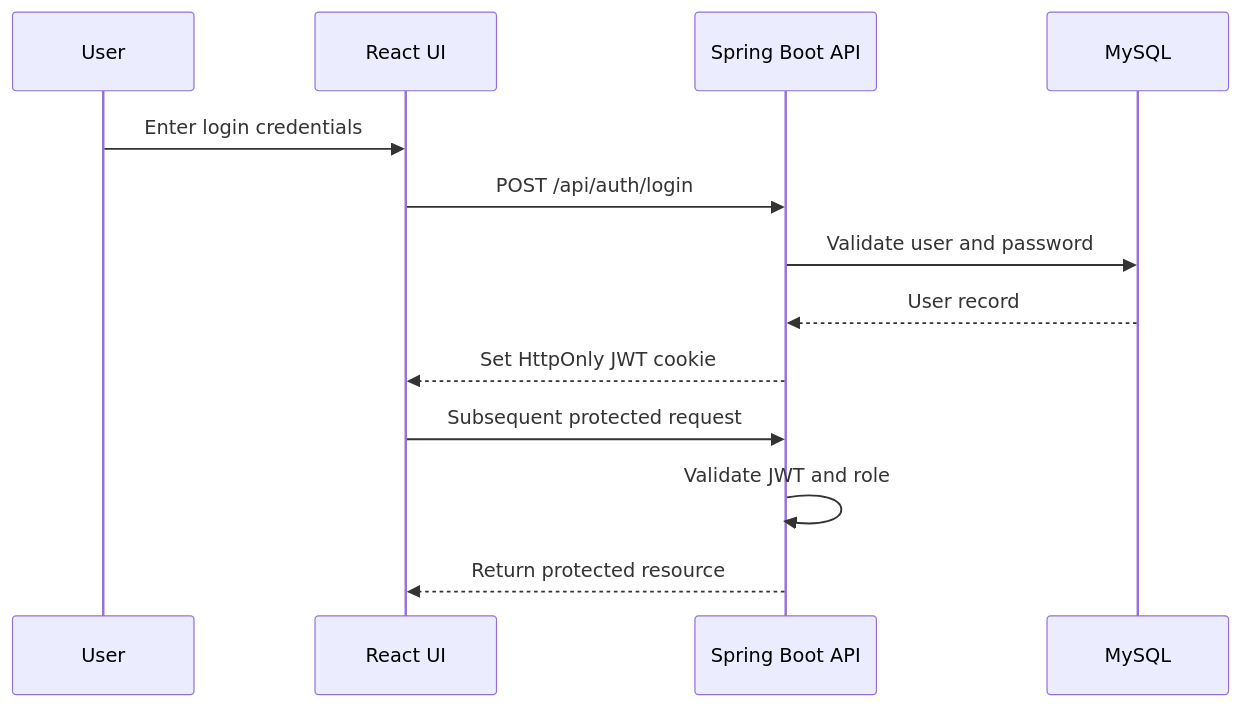
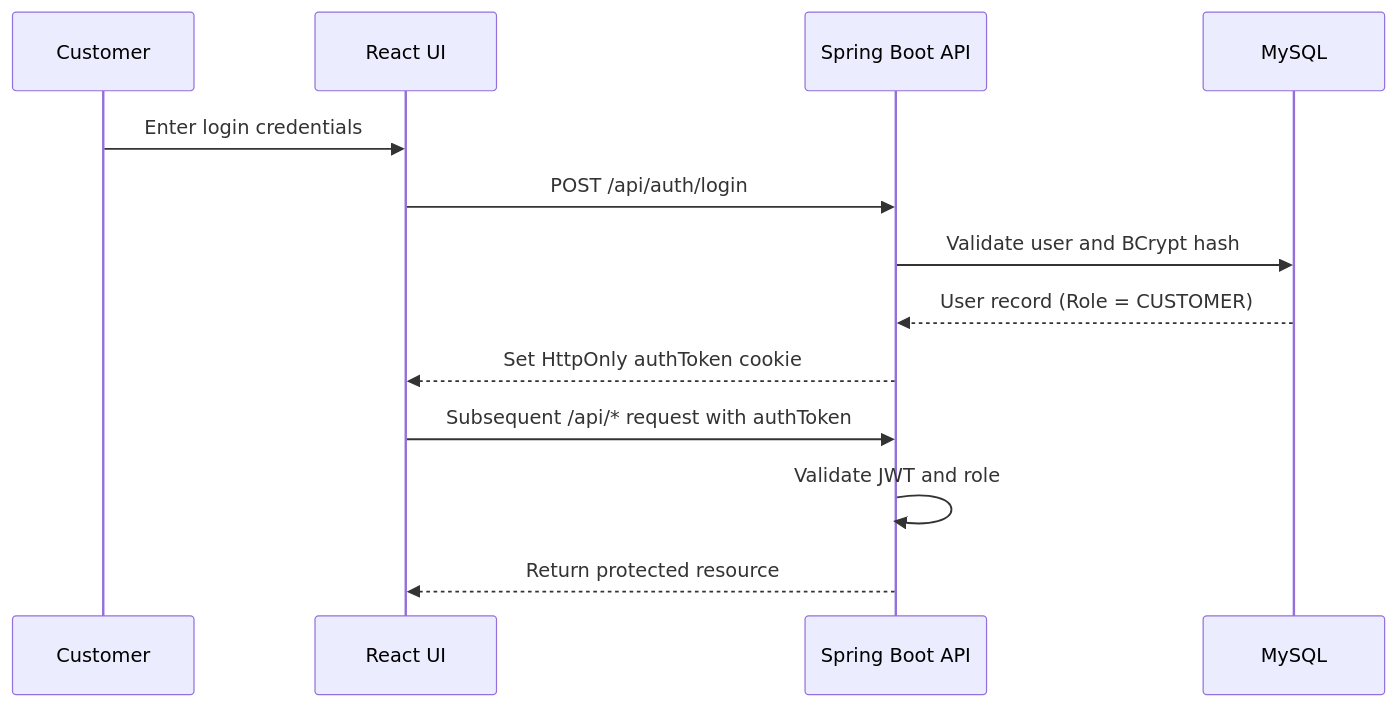
The first of 12 diagrams in WORKFLOW.md (annnuuupam/NexCart), drawn with Mermaid before and after one commit. The commit also changed other lines of this file and 41 other files, not shown here.

First line of the commit message:
feat: dual-cookie auth, dynamic store branding, full docs refresh

````diff
--- a/WORKFLOW.md
+++ b/WORKFLOW.md
@@ -4,16 +6,16 @@
 ```mermaid
 sequenceDiagram
-  participant U as User
+  participant U as Customer
   participant FE as React UI
   participant BE as Spring Boot API
   participant DB as MySQL
 
   U->>FE: Enter login credentials
   FE->>BE: POST /api/auth/login
-  BE->>DB: Validate user and password
-  DB-->>BE: User record
-  BE-->>FE: Set HttpOnly JWT cookie
-  FE->>BE: Subsequent protected request
+  BE->>DB: Validate user and BCrypt hash
+  DB-->>BE: User record (Role = CUSTOMER)
+  BE-->>FE: Set HttpOnly authToken cookie
+  FE->>BE: Subsequent /api/* request with authToken
   BE->>BE: Validate JWT and role
   BE-->>FE: Return protected resource
 ```
````
